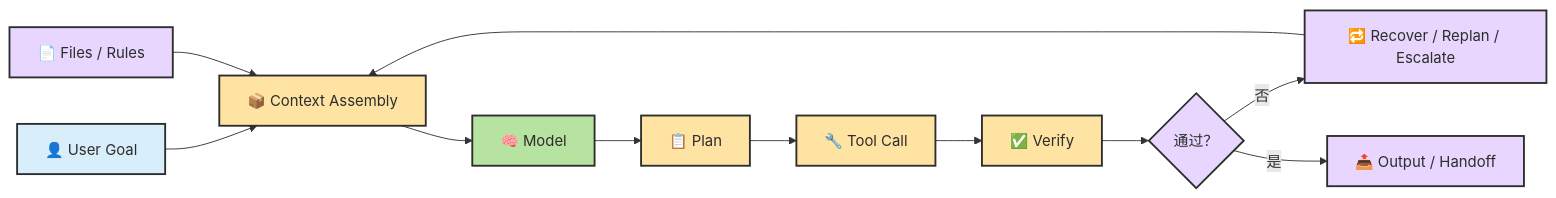
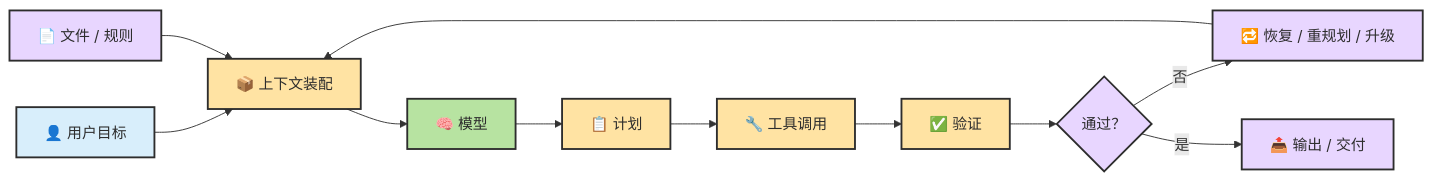
The fourth of 4 diagrams in docs/chapters/ch08-agent-formula.md (zht043/AgenticCodingTutorial), drawn with Mermaid before and after one commit. The commit also changed other lines of this file and 24 other files, not shown here.

````diff
--- a/docs/chapters/ch08-agent-formula.md
+++ b/docs/chapters/ch08-agent-formula.md
@@ -808,18 +217,18 @@
 ```mermaid
 flowchart LR
     classDef user fill:#d8eefb,stroke:#2d2d2d,stroke-width:2px,color:#2d2d2d
     classDef ctrl fill:#ffe3a3,stroke:#2d2d2d,stroke-width:2px,color:#2d2d2d
     classDef llm fill:#b7e3a1,stroke:#2d2d2d,stroke-width:2px,color:#2d2d2d
     classDef obs fill:#e8d6ff,stroke:#2d2d2d,stroke-width:2px,color:#2d2d2d
 
-    U["👤 User Goal"]:::user --> A["📦 Context Assembly"]:::ctrl
-    F["📄 Files / Rules"]:::obs --> A
-    A --> M["🧠 Model"]:::llm
-    M --> P["📋 Plan"]:::ctrl
-    P --> T["🔧 Tool Call"]:::ctrl
-    T --> V["✅ Verify"]:::ctrl
+    U["👤 用户目标"]:::user --> A["📦 上下文装配"]:::ctrl
+    F["📄 文件 / 规则"]:::obs --> A
+    A --> M["🧠 模型"]:::llm
+    M --> P["📋 计划"]:::ctrl
+    P --> T["🔧 工具调用"]:::ctrl
+    T --> V["✅ 验证"]:::ctrl
     V --> D{"通过？"}:::obs
-    D -- "否" --> R["🔁 Recover / Replan / Escalate"]:::obs
+    D -- "否" --> R["🔁 恢复 / 重规划 / 升级"]:::obs
     R --> A
-    D -- "是" --> O["📤 Output / Handoff"]:::obs
+    D -- "是" --> O["📤 输出 / 交付"]:::obs
 ```
````
